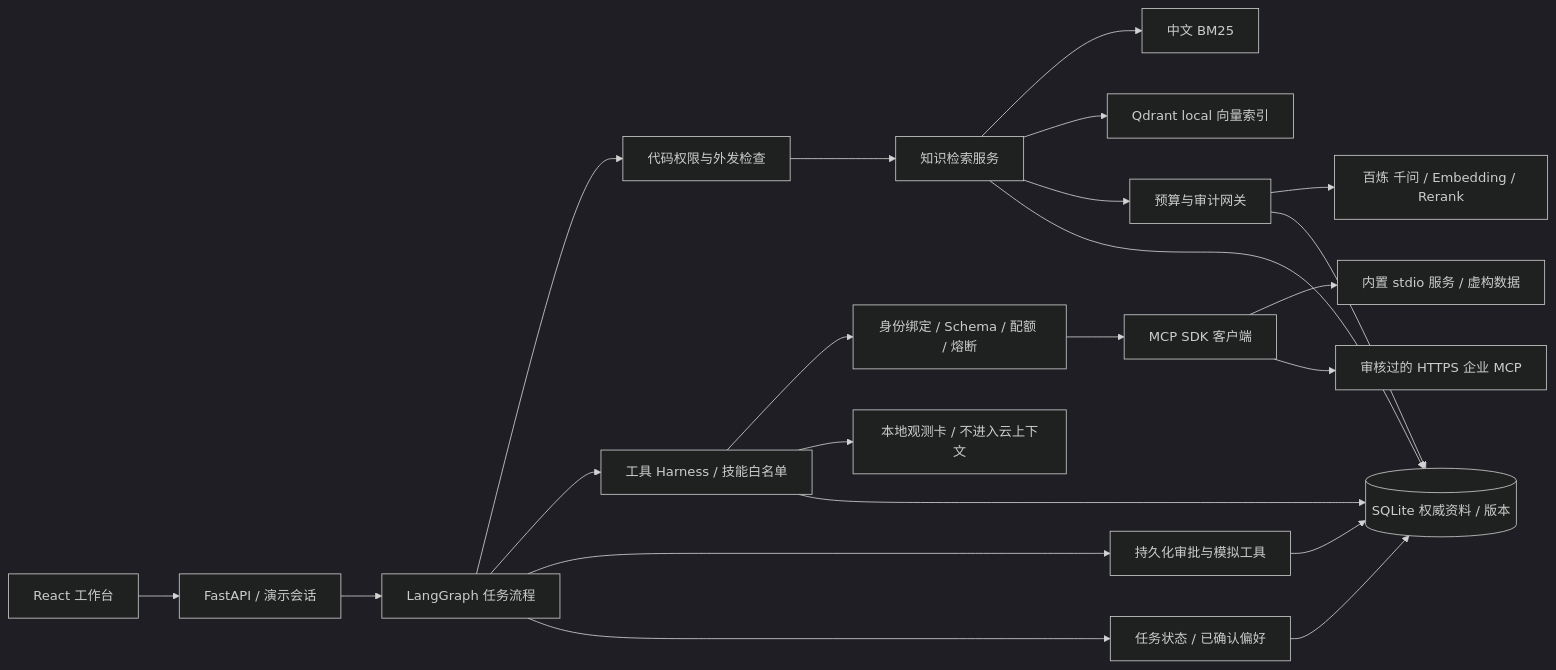
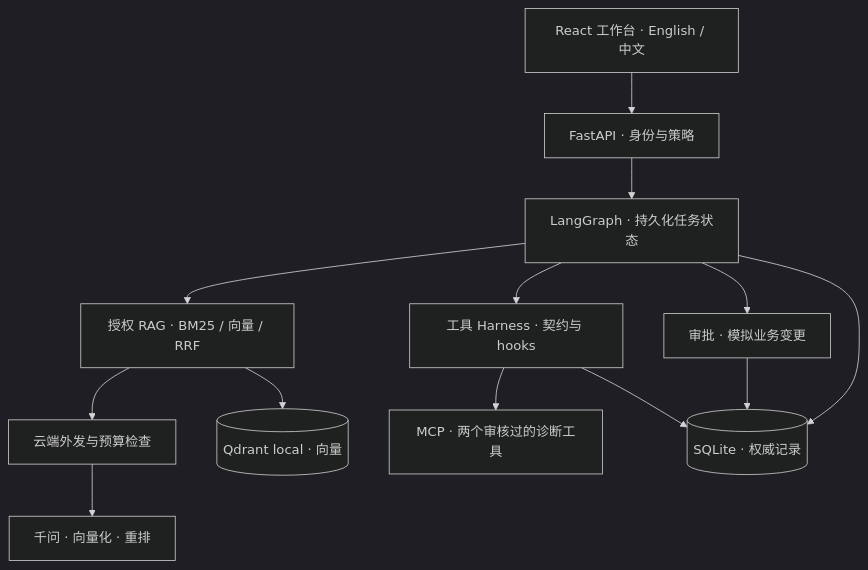
One commit to shaohsuanw803-boop/deskpilot changed the diagram in README.zh-CN.md. Above: the diagram before and after it, drawn with Mermaid (dark theme). The commit also changed other lines of this file and 11 other files, not shown here.

````diff
--- a/README.zh-CN.md
+++ b/README.zh-CN.md
@@ -142,24 +55,15 @@
 ```mermaid
-flowchart LR
-  UI[React 工作台] --> API[FastAPI / 演示会话]
-  API --> FLOW[LangGraph 任务流程]
-  FLOW --> AUTH[代码权限与外发检查]
-  FLOW --> HARNESS[工具 Harness / 技能白名单]
-  HARNESS --> CONTRACT[身份绑定 / Schema / 配额 / 熔断]
-  CONTRACT --> MCP[MCP SDK 客户端]
-  MCP --> LOCAL[内置 stdio 服务 / 虚构数据]
-  MCP --> REMOTE[审核过的 HTTPS 企业 MCP]
-  HARNESS --> OBS[本地观测卡 / 不进入云上下文]
-  AUTH --> RAG[知识检索服务]
-  RAG --> BM25[中文 BM25]
-  RAG --> QDRANT[Qdrant local 向量索引]
-  RAG --> GATEWAY[预算与审计网关]
-  GATEWAY --> QWEN[百炼 千问 / Embedding / Rerank]
-  FLOW --> APPROVAL[持久化审批与模拟工具]
-  RAG --> DB[(SQLite 权威资料 / 版本)]
+flowchart TB
+  UI[React 工作台 · English / 中文] --> API[FastAPI · 身份与策略]
+  API --> FLOW[LangGraph · 持久化任务状态]
+  FLOW --> RAG[授权 RAG · BM25 / 向量 / RRF]
+  RAG --> GATE[云端外发与预算检查]
+  GATE --> CLOUD[千问 · 向量化 · 重排]
+  FLOW --> HARNESS[工具 Harness · 契约与 hooks]
+  HARNESS --> MCP[MCP · 两个审核过的诊断工具]
+  FLOW --> APPROVAL[审批 · 模拟业务变更]
+  RAG --> VECTOR[(Qdrant local · 向量)]
+  FLOW --> DB[(SQLite · 权威记录)]
   APPROVAL --> DB
-  FLOW --> MEMORY[任务状态 / 已确认偏好]
-  MEMORY --> DB
-  GATEWAY --> DB
   HARNESS --> DB
 ```
````
